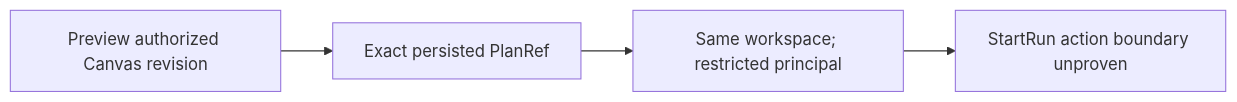
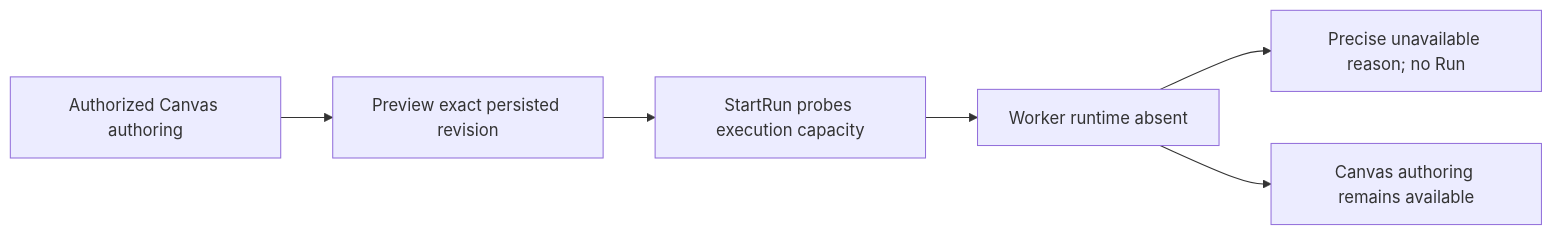
Before and after one commit to dunay2/dvt: the first of 2 diagrams in docs/planning/proposals/mandatory/frontend-and-ux/gh-3021-dvt-preview-run-live-plan-20260915.md, drawn with Mermaid. The commit also changed other lines of this file and 11 other files, not shown here.

Commit message:
fix(web): Surface unavailable Canvas runtime (#3224)

````diff
--- a/docs/planning/proposals/mandatory/frontend-and-ux/gh-3021-dvt-preview-run-live-plan-20260915.md
+++ b/docs/planning/proposals/mandatory/frontend-and-ux/gh-3021-dvt-preview-run-live-plan-20260915.md
@@ -30,6 +30,8 @@
 ```mermaid
 flowchart LR
-  A[Preview authorized Canvas revision] --> B[Exact persisted PlanRef]
-  B --> C[Same workspace; restricted principal]
-  C --> D[StartRun action boundary unproven]
+  A[Authorized Canvas authoring] --> B[Preview exact persisted revision]
+  B --> C[StartRun probes execution capacity]
+  C --> D[Worker runtime absent]
+  D --> E[Precise unavailable reason; no Run]
+  D --> F[Canvas authoring remains available]
 ```
````
